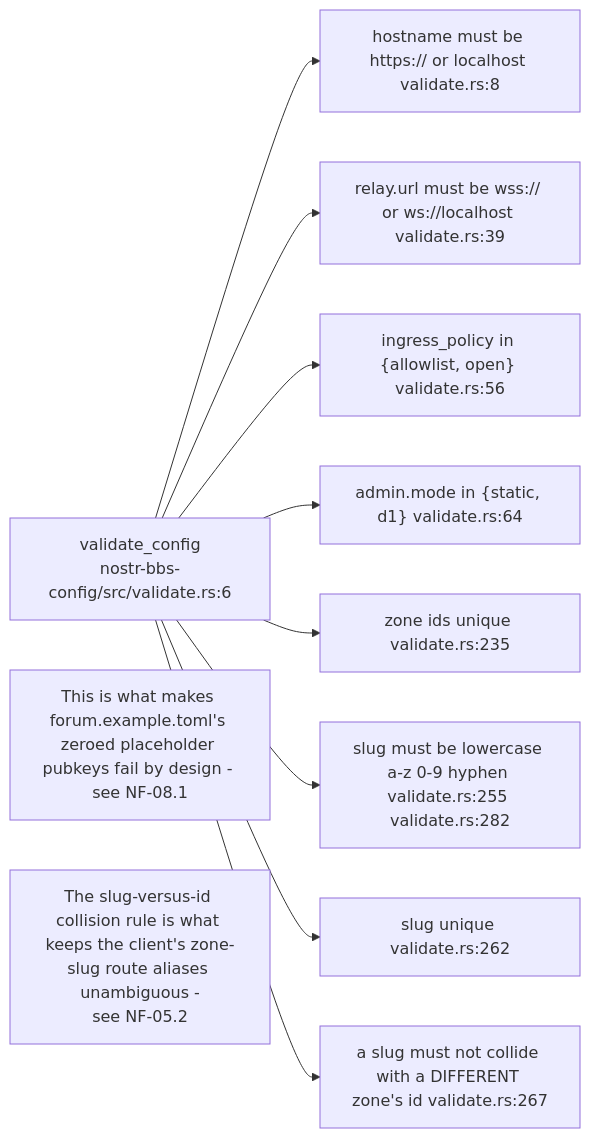
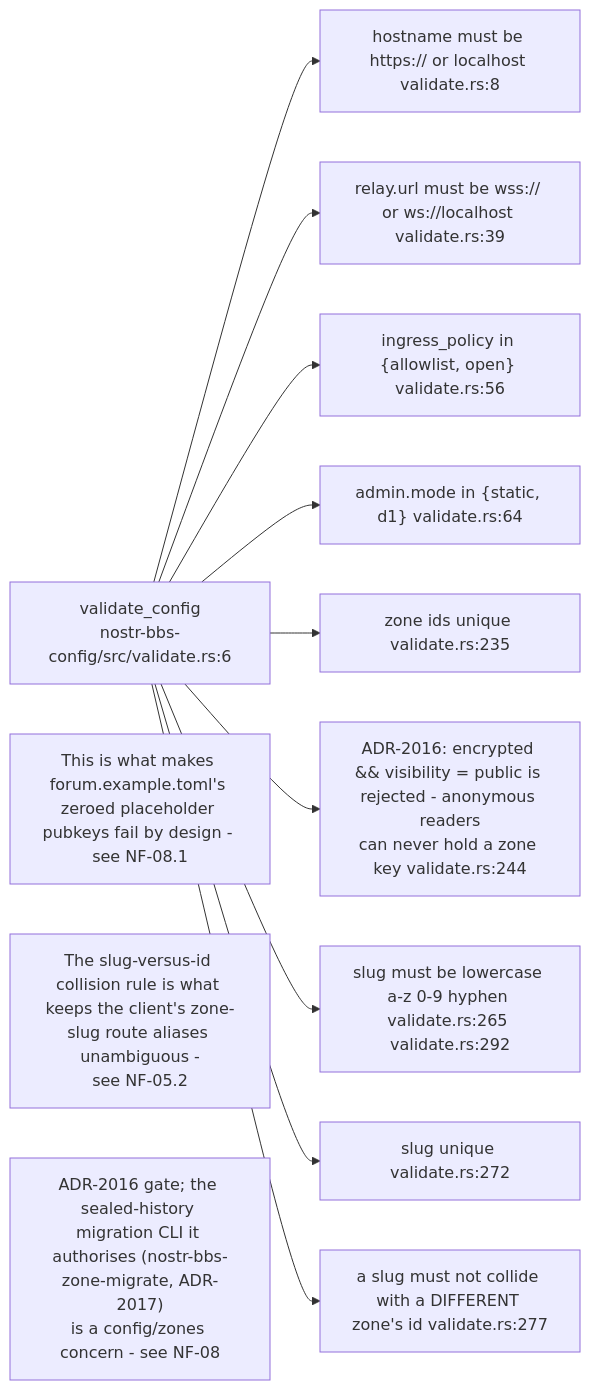
One commit to DreamLab-AI/VisionFlow changed the fourth of 9 diagrams in docs/diagrams/nostr-rust-forum/09-ci-deploy-canary-and-validation.md. Above: the diagram before and after it, drawn with Mermaid. The commit also changed other lines of this file and 136 other files, not shown here.

First line of the commit message:
docs(diagrams): refresh the whole corpus to code HEAD and prune low-value diagrams

````diff
--- a/docs/diagrams/nostr-rust-forum/09-ci-deploy-canary-and-validation.md
+++ b/docs/diagrams/nostr-rust-forum/09-ci-deploy-canary-and-validation.md
@@ -100,17 +101,19 @@
 ```mermaid
 flowchart LR
     V["validate_config<br/>nostr-bbs-config/src/validate.rs:6"]
     H["hostname must be https:// or localhost validate.rs:8"]
     R["relay.url must be wss:// or ws://localhost validate.rs:39"]
     I["ingress_policy in {allowlist, open} validate.rs:56"]
     A["admin.mode in {static, d1} validate.rs:64"]
     Z1["zone ids unique validate.rs:235"]
-    Z2["slug must be lowercase a-z 0-9 hyphen validate.rs:255 validate.rs:282"]
-    Z3["slug unique validate.rs:262"]
-    Z4["a slug must not collide with a DIFFERENT zone's id validate.rs:267"]
+    ENC["ADR-2016: encrypted && visibility = public is rejected - anonymous readers<br/>can never hold a zone key validate.rs:244"]
+    Z2["slug must be lowercase a-z 0-9 hyphen validate.rs:265 validate.rs:292"]
+    Z3["slug unique validate.rs:272"]
+    Z4["a slug must not collide with a DIFFERENT zone's id validate.rs:277"]
 
-    V --> H & R & I & A & Z1 & Z2 & Z3 & Z4
+    V --> H & R & I & A & Z1 & ENC & Z2 & Z3 & Z4
 
     N1["This is what makes forum.example.toml's zeroed placeholder pubkeys fail by design - see NF-08.1"]
     N2["The slug-versus-id collision rule is what keeps the client's zone-slug route aliases unambiguous -<br/>see NF-05.2"]
+    N3["ADR-2016 gate; the sealed-history migration CLI it authorises (nostr-bbs-zone-migrate, ADR-2017)<br/>is a config/zones concern - see NF-08"]
 ```
````
